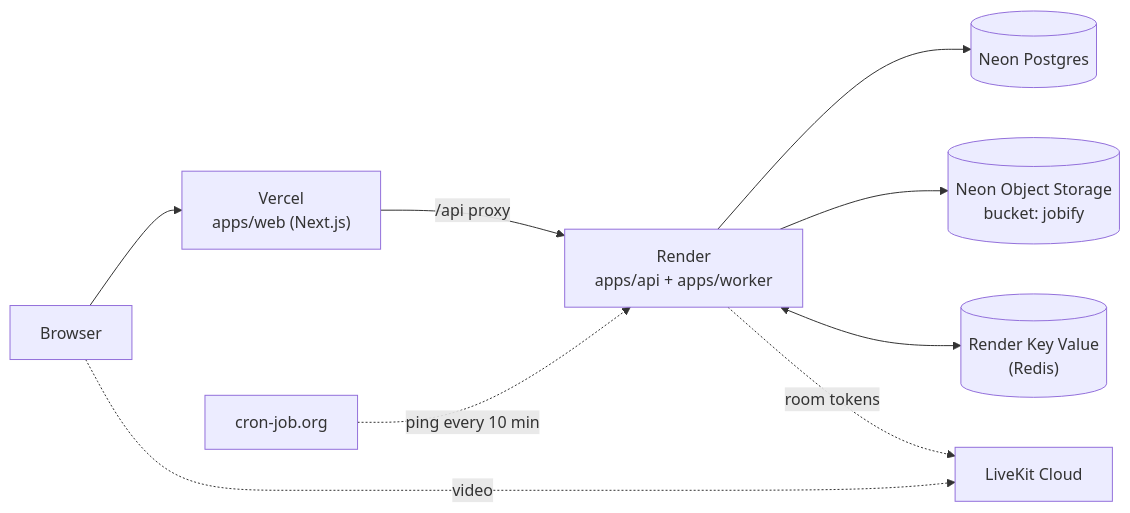
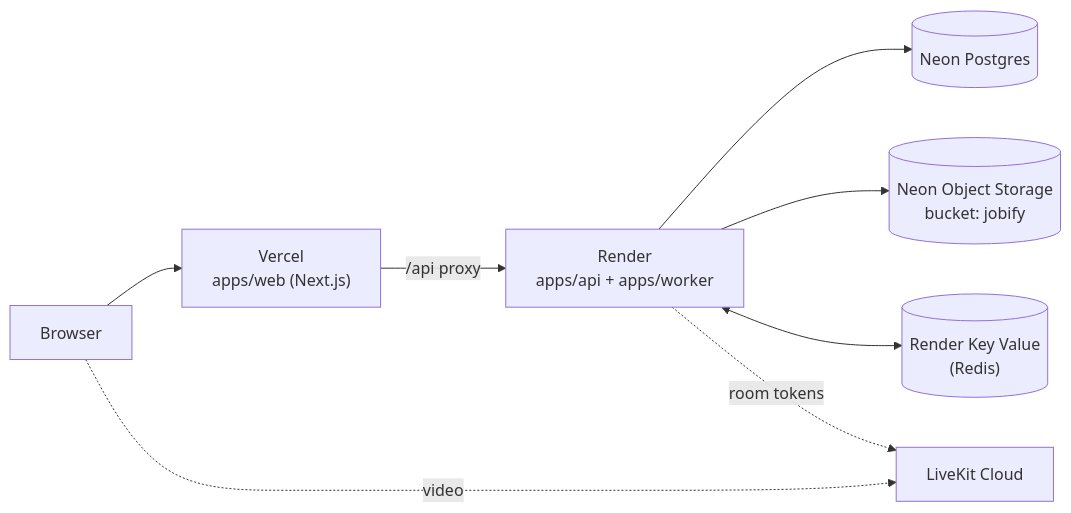
The diagram in docs/DEPLOYMENT.md (4K45H107/JOBIFY), drawn with Mermaid before and after one commit. The commit also changed other lines of this file and 1 other file, not shown here.

````diff
--- a/docs/DEPLOYMENT.md
+++ b/docs/DEPLOYMENT.md
@@ -12,11 +13,10 @@
 ```mermaid
 flowchart LR
     Browser["Browser"] --> Vercel["Vercel<br/>apps/web (Next.js)"]
     Vercel -- "/api proxy" --> Render["Render<br/>apps/api + apps/worker"]
     Render --> NeonPG[("Neon Postgres")]
     Render --> NeonS3[("Neon Object Storage<br/>bucket: jobify")]
     Render <--> Redis[("Render Key Value<br/>(Redis)")]
     Browser -. "video" .-> LiveKit["LiveKit Cloud"]
     Render -. "room tokens" .-> LiveKit
-    Cron["cron-job.org"] -. "ping every 10 min" .-> Render
 ```
````
